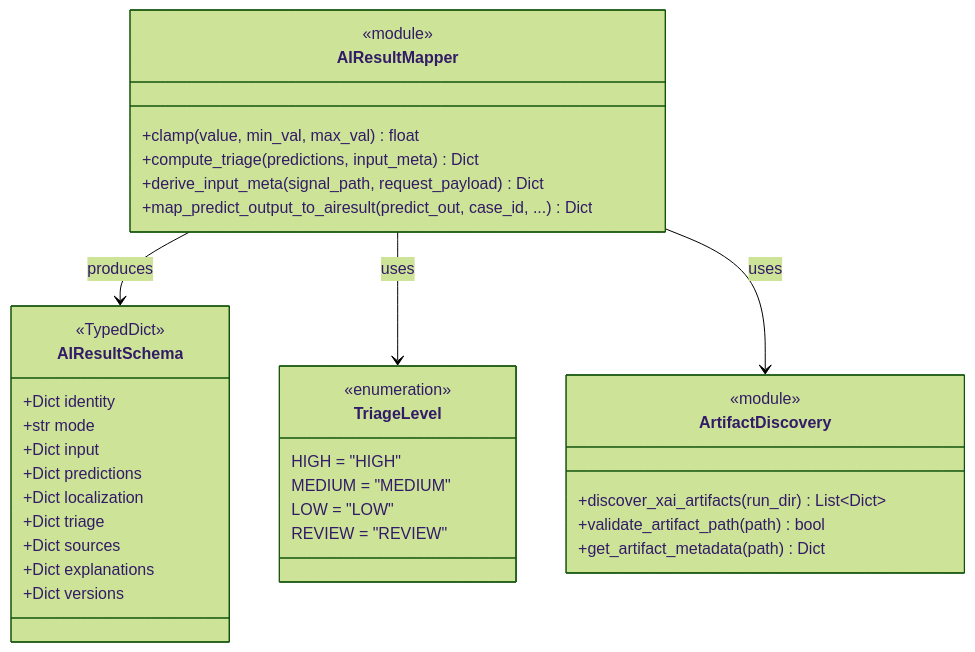
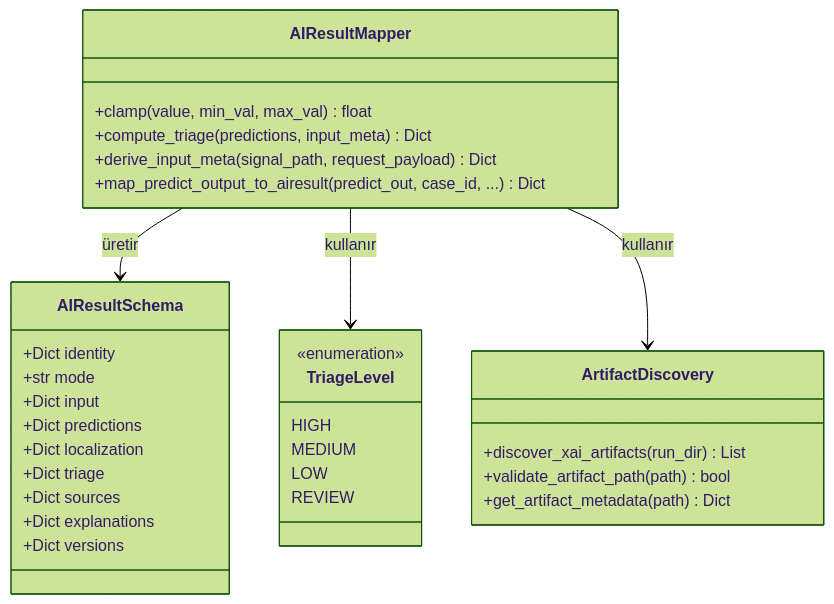
Before and after one commit to mUsaulug/CardioGuard-AI: the ninth of 12 diagrams in docs/diagrams/03_class_diagram.md, drawn with Mermaid (forest theme). The commit also changed other lines of this file and 5 other files, not shown here.

````diff
--- a/docs/diagrams/03_class_diagram.md
+++ b/docs/diagrams/03_class_diagram.md
@@ -484,44 +445,41 @@
 ```mermaid
 classDiagram
     direction TB
     
     class AIResultMapper {
-        <<module>>
         +clamp(value, min_val, max_val) float
         +compute_triage(predictions, input_meta) Dict
         +derive_input_meta(signal_path, request_payload) Dict
         +map_predict_output_to_airesult(predict_out, case_id, ...) Dict
     }
     
     class AIResultSchema {
-        <<TypedDict>>
         +Dict identity
         +str mode
         +Dict input
         +Dict predictions
         +Dict localization
         +Dict triage
         +Dict sources
         +Dict explanations
         +Dict versions
     }
     
     class ArtifactDiscovery {
-        <<module>>
-        +discover_xai_artifacts(run_dir) List~Dict~
+        +discover_xai_artifacts(run_dir) List
         +validate_artifact_path(path) bool
         +get_artifact_metadata(path) Dict
     }
     
     class TriageLevel {
         <<enumeration>>
-        HIGH = "HIGH"
-        MEDIUM = "MEDIUM"
-        LOW = "LOW"
-        REVIEW = "REVIEW"
+        HIGH
+        MEDIUM
+        LOW
+        REVIEW
     }
     
-    AIResultMapper --> AIResultSchema : produces
-    AIResultMapper --> TriageLevel : uses
-    AIResultMapper --> ArtifactDiscovery : uses
+    AIResultMapper --> AIResultSchema : üretir
+    AIResultMapper --> TriageLevel : kullanır
+    AIResultMapper --> ArtifactDiscovery : kullanır
 ```
````
